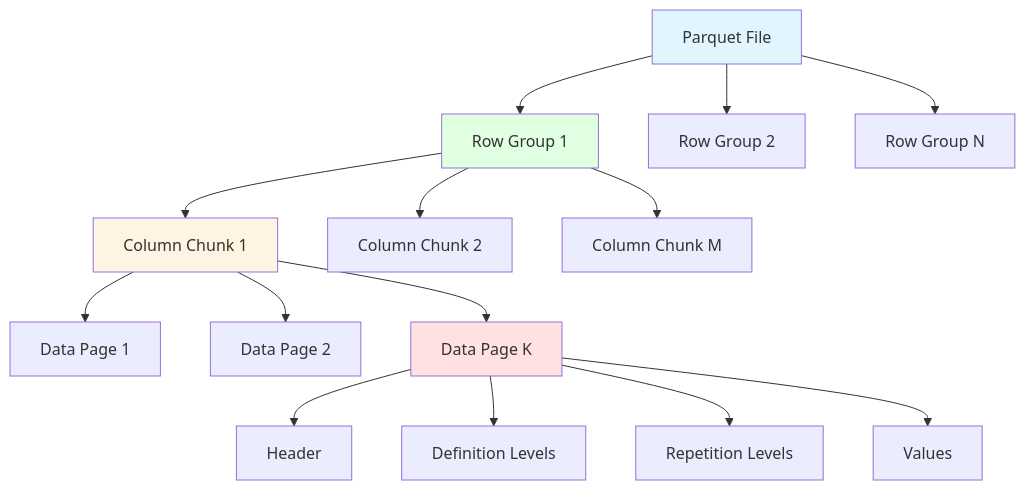
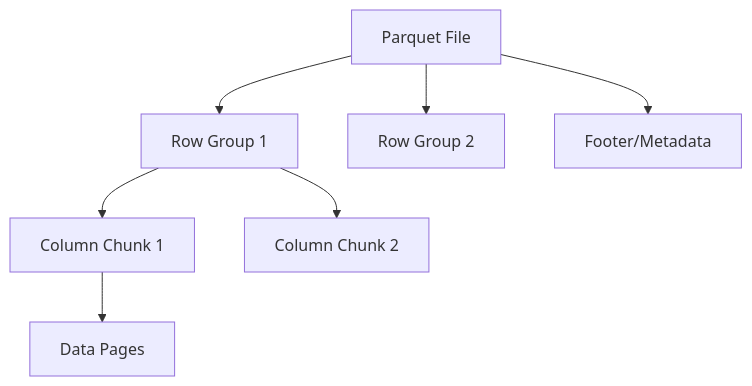
One commit to LCKYN/LCKYN-KnowledgeBase changed the second of 4 diagrams in 40-49 Data_Management/41_Data_Engineering/41.01 Parquet File Format.md. Above: the diagram before and after it, drawn with Mermaid. The commit also changed other lines of this file and 17 other files, not shown here.

````diff
--- a/40-49 Data_Management/41_Data_Engineering/41.01 Parquet File Format.md
+++ b/40-49 Data_Management/41_Data_Engineering/41.01 Parquet File Format.md
@@ -62,24 +44,11 @@
 ```mermaid
 graph TD
     A[Parquet File] --> B[Row Group 1]
     A --> C[Row Group 2]
-    A --> D[Row Group N]
+    A --> D[Footer/Metadata]
 
     B --> E[Column Chunk 1]
     B --> F[Column Chunk 2]
-    B --> G[Column Chunk M]
 
-    E --> H[Data Page 1]
-    E --> I[Data Page 2]
-    E --> J[Data Page K]
-
-    J --> K[Header]
-    J --> L[Definition Levels]
-    J --> M[Repetition Levels]
-    J --> N[Values]
-
-    style A fill:#e1f5ff
-    style B fill:#e1ffe1
-    style E fill:#fff4e1
-    style J fill:#ffe1e1
+    E --> G[Data Pages]
 ```
````
